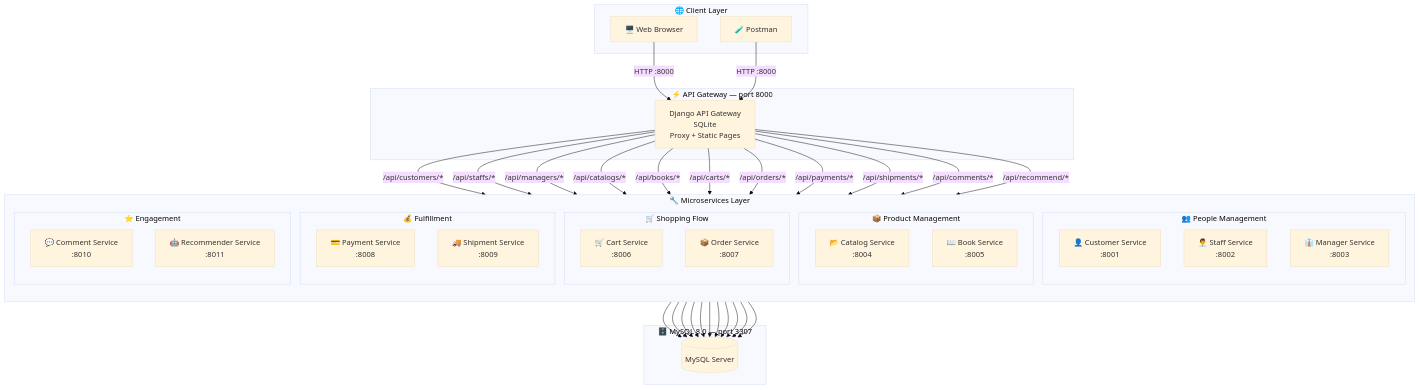
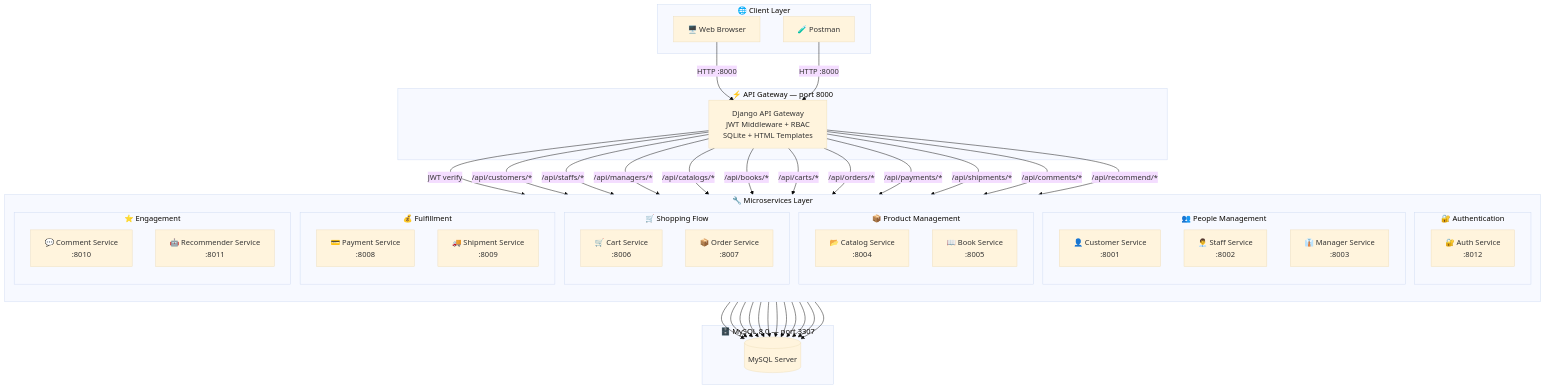
One commit to tuantm204/Bookstore changed the first of 7 diagrams in ARCHITECTURE_DIAGRAM.md. Above: the diagram before and after it, drawn with Mermaid (base theme). The commit also changed other lines of this file and 43 other files, not shown here.

````diff
--- a/ARCHITECTURE_DIAGRAM.md
+++ b/ARCHITECTURE_DIAGRAM.md
@@ -7,67 +7,72 @@
 ```mermaid
 graph TB
     subgraph Client["🌐 Client Layer"]
         Browser["🖥️ Web Browser"]
         Postman["🧪 Postman"]
     end
 
     subgraph Gateway["⚡ API Gateway — port 8000"]
-        GW["Django API Gateway<br/>SQLite<br/>Proxy + Static Pages"]
+        GW["Django API Gateway<br/>JWT Middleware + RBAC<br/>SQLite + HTML Templates"]
     end
 
     subgraph Services["🔧 Microservices Layer"]
         direction TB
+        subgraph Auth["🔐 Authentication"]
+            AS["🔐 Auth Service<br/>:8012"]
+        end
         subgraph People["👥 People Management"]
             CS["👤 Customer Service<br/>:8001"]
             SS["👨‍💼 Staff Service<br/>:8002"]
             MS["👔 Manager Service<br/>:8003"]
         end
         subgraph Product["📦 Product Management"]
             CAS["📂 Catalog Service<br/>:8004"]
             BS["📖 Book Service<br/>:8005"]
         end
         subgraph Shopping["🛒 Shopping Flow"]
             CRS["🛒 Cart Service<br/>:8006"]
             OS["📦 Order Service<br/>:8007"]
         end
         subgraph Fulfillment["💰 Fulfillment"]
             PS["💳 Payment Service<br/>:8008"]
             SHS["🚚 Shipment Service<br/>:8009"]
         end
         subgraph Engagement["⭐ Engagement"]
             CMS["💬 Comment Service<br/>:8010"]
             RS["🤖 Recommender Service<br/>:8011"]
         end
     end
 
     subgraph Database["🗄️ MySQL 8.0 — port 3307"]
         DB[(MySQL Server)]
     end
 
     Browser -->|"HTTP :8000"| GW
     Postman -->|"HTTP :8000"| GW
 
+    GW -->|"JWT verify"| AS
     GW -->|"/api/customers/*"| CS
     GW -->|"/api/staffs/*"| SS
     GW -->|"/api/managers/*"| MS
     GW -->|"/api/catalogs/*"| CAS
     GW -->|"/api/books/*"| BS
     GW -->|"/api/carts/*"| CRS
     GW -->|"/api/orders/*"| OS
     GW -->|"/api/payments/*"| PS
     GW -->|"/api/shipments/*"| SHS
     GW -->|"/api/comments/*"| CMS
     GW -->|"/api/recommend/*"| RS
 
+    AS --> DB
     CS --> DB
     SS --> DB
     MS --> DB
     CAS --> DB
     BS --> DB
     CRS --> DB
     OS --> DB
     PS --> DB
     SHS --> DB
     CMS --> DB
     RS --> DB
 ```
````
